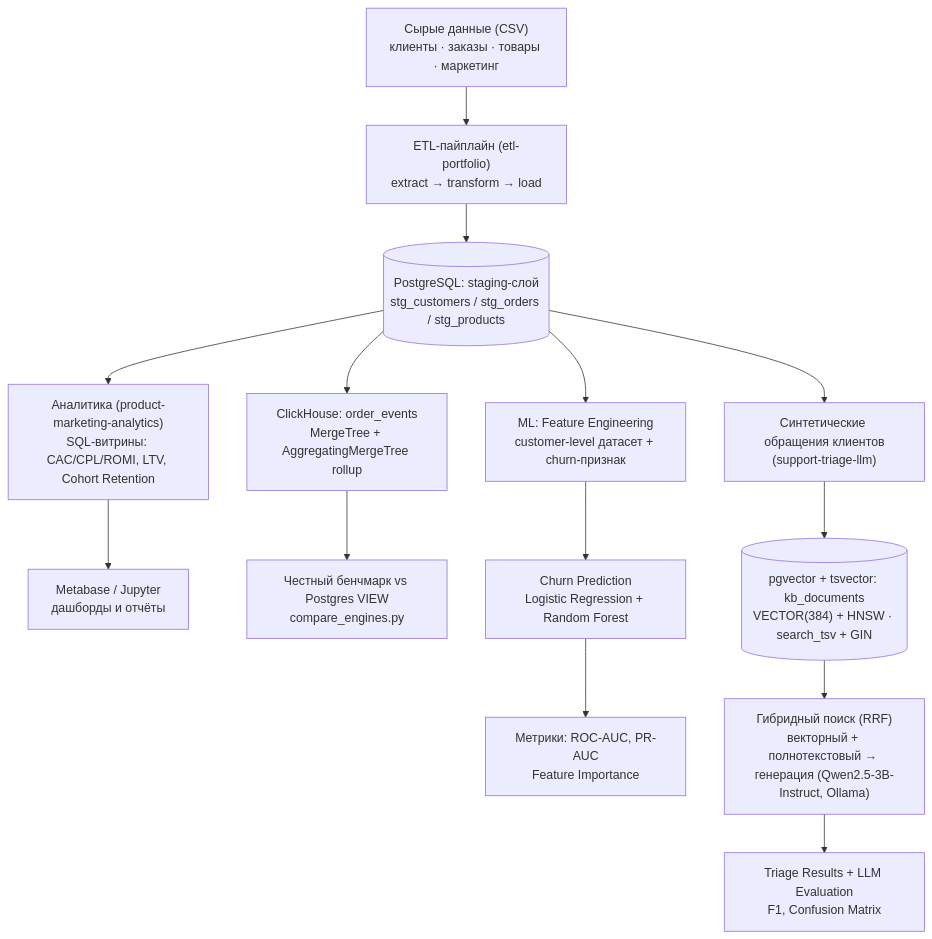
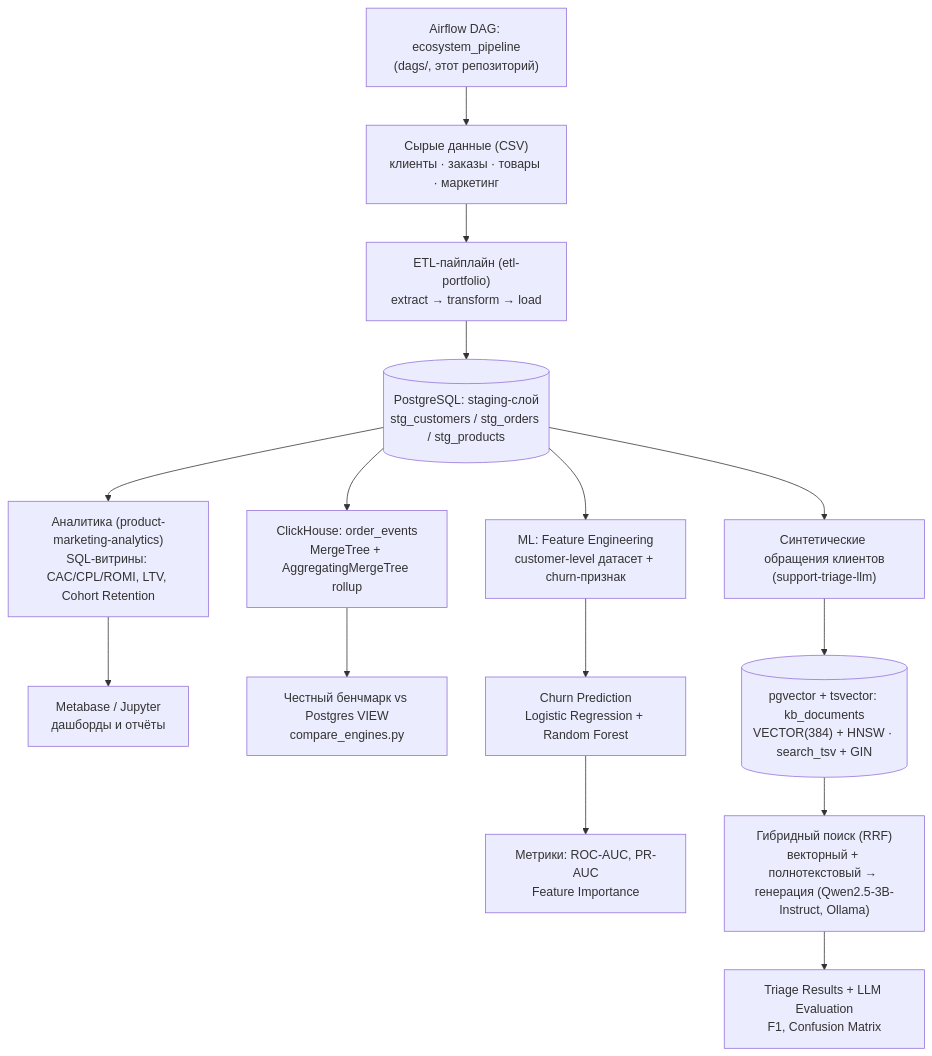
Before and after one commit to exist-ty/Nikolay-Kolesnikov-Data-Engineering-Applied-ML-LLM-Portfolio-Hub: the diagram in README.md, drawn with Mermaid. The commit also changed other lines of this file and 7 other files, not shown here.

````diff
--- a/README.md
+++ b/README.md
@@ -15,20 +17,21 @@
 ```mermaid
 graph TD
+    Z["Airflow DAG: ecosystem_pipeline<br/>(dags/, этот репозиторий)"] --> A
     A["Сырые данные (CSV)<br/>клиенты · заказы · товары · маркетинг"] --> B["ETL-пайплайн (etl-portfolio)<br/>extract → transform → load"]
     B --> C[("PostgreSQL: staging-слой<br/>stg_customers / stg_orders / stg_products")]
 
     C --> D["Аналитика (product-marketing-analytics)<br/>SQL-витрины: CAC/CPL/ROMI, LTV, Cohort Retention"]
     C --> E["ML: Feature Engineering<br/>customer-level датасет + churn-признак"]
     C --> F["Синтетические обращения клиентов<br/>(support-triage-llm)"]
     C --> M["ClickHouse: order_events<br/>MergeTree + AggregatingMergeTree rollup"]
 
     D --> G["Metabase / Jupyter<br/>дашборды и отчёты"]
     M --> N["Честный бенчмарк vs Postgres VIEW<br/>compare_engines.py"]
 
     E --> H["Churn Prediction<br/>Logistic Regression + Random Forest"]
     H --> I["Метрики: ROC-AUC, PR-AUC<br/>Feature Importance"]
 
     F --> J[("pgvector + tsvector: kb_documents<br/>VECTOR(384) + HNSW · search_tsv + GIN")]
     J --> K["Гибридный поиск (RRF)<br/>векторный + полнотекстовый → генерация (Qwen2.5-3B-Instruct, Ollama)"]
     K --> L["Triage Results + LLM Evaluation<br/>F1, Confusion Matrix"]
 ```
````
